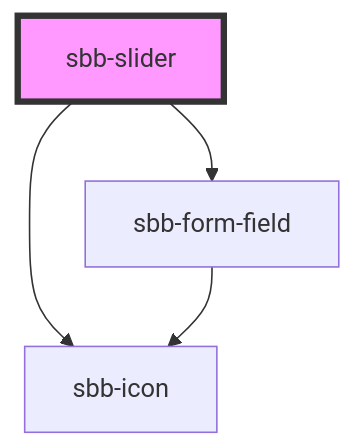
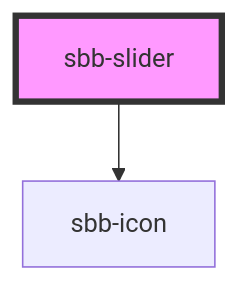
The diagram in src/components/sbb-slider/readme.md (sbb-design-systems/lyne-components), drawn with Mermaid before and after one commit. The commit also changed other lines of this file and 5 other files, not shown here.

````diff
--- a/src/components/sbb-slider/readme.md
+++ b/src/components/sbb-slider/readme.md
@@ -36,7 +43,5 @@
 ```mermaid
 graph TD;
-  sbb-slider --> sbb-form-field
   sbb-slider --> sbb-icon
-  sbb-form-field --> sbb-icon
   style sbb-slider fill:#f9f,stroke:#333,stroke-width:4px
 ```
````
